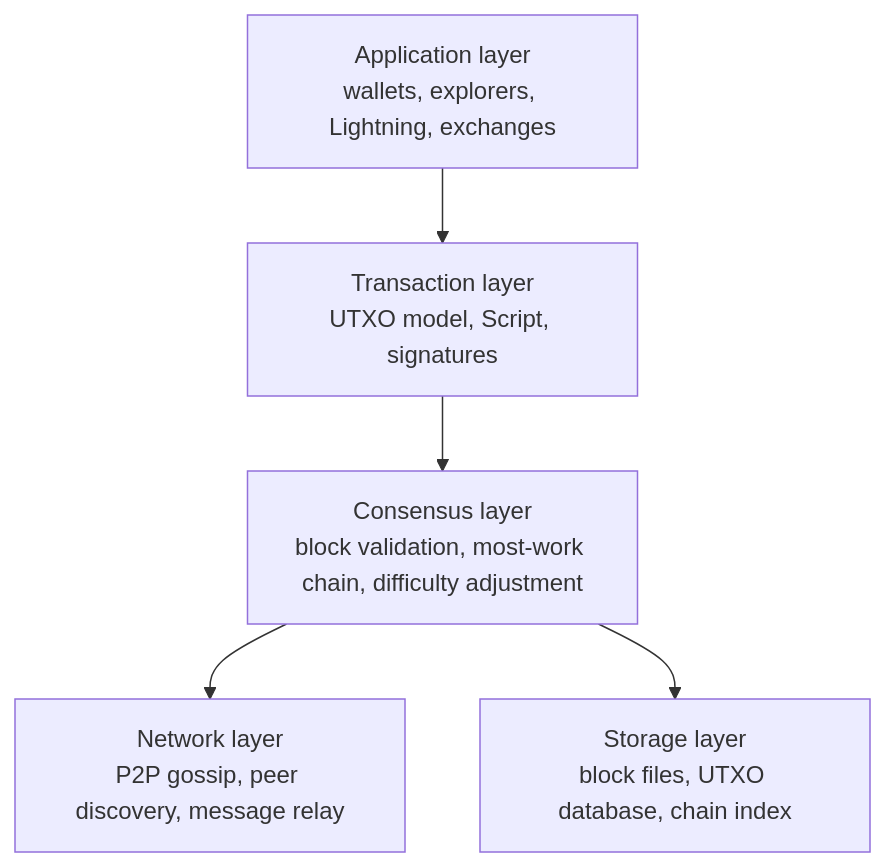
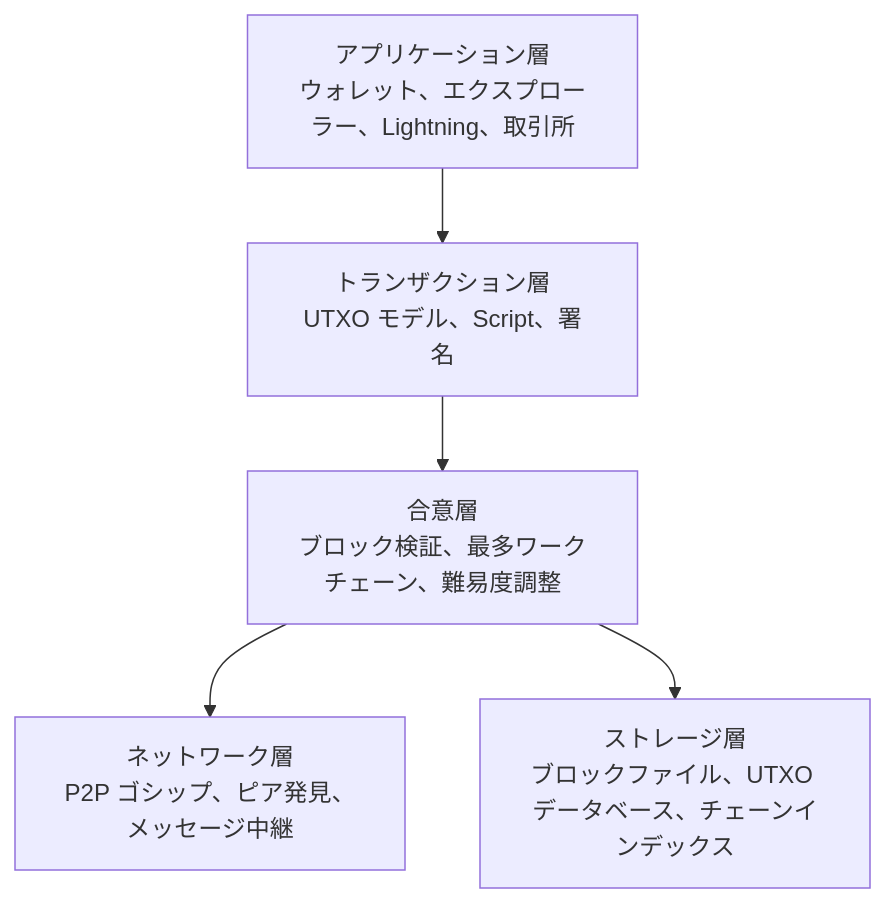
Before and after one commit to cypher256/BitcoinArchive: the second of 5 diagrams in src/data/translations/ja/design/2009-01-03-bitcoin-system-design-overview.md, drawn with Mermaid. The commit also changed other lines of this file and 11 other files, not shown here.

````diff
--- a/src/data/translations/ja/design/2009-01-03-bitcoin-system-design-overview.md
+++ b/src/data/translations/ja/design/2009-01-03-bitcoin-system-design-overview.md
@@ -110,13 +110,13 @@
 ```mermaid
 flowchart TB
-    APP["Application layer<br/>wallets, explorers, Lightning, exchanges"]
-    TXN["Transaction layer<br/>UTXO model, Script, signatures"]
-    CONS["Consensus layer<br/>block validation, most-work chain, difficulty adjustment"]
-    NET["Network layer<br/>P2P gossip, peer discovery, message relay"]
-    STORE["Storage layer<br/>block files, UTXO database, chain index"]
+    APP["アプリケーション層<br/>ウォレット、エクスプローラー、Lightning、取引所"]
+    TXN["トランザクション層<br/>UTXO モデル、Script、署名"]
+    CONS["合意層<br/>ブロック検証、最多ワークチェーン、難易度調整"]
+    NET["ネットワーク層<br/>P2P ゴシップ、ピア発見、メッセージ中継"]
+    STORE["ストレージ層<br/>ブロックファイル、UTXO データベース、チェーンインデックス"]
 
     APP --> TXN
     TXN --> CONS
     CONS --> NET
     CONS --> STORE
 ```
````
